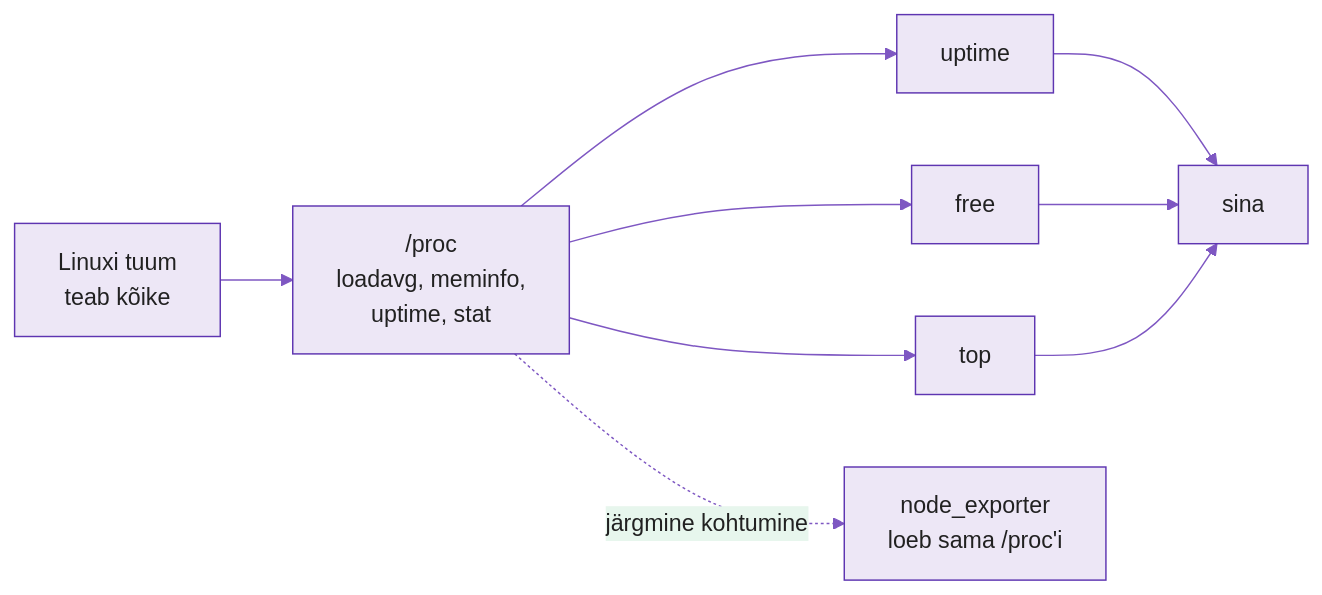
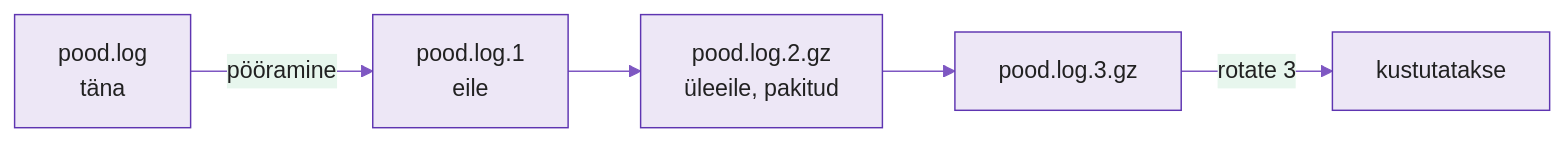
One commit to hkhk-monitoring/monitoring changed the second of 3 diagrams in docs/week07/lecture.md. Above: the diagram before and after it, drawn with Mermaid. The commit also changed other lines of this file and 9 other files, not shown here.

````diff
--- a/docs/week07/lecture.md
+++ b/docs/week07/lecture.md
@@ -140,12 +174,8 @@
 ```mermaid
 %%{init: {'theme':'base','themeVariables':{'primaryColor':'#ede7f6','primaryBorderColor':'#5e35b1','primaryTextColor':'#212121','lineColor':'#7e57c2'}}}%%
 graph LR
-    K["Linuxi tuum<br/>teab kõike"] --> P["/proc<br/>loadavg, meminfo,<br/>uptime, stat"]
-    P --> U["uptime"]
-    P --> F["free"]
-    P --> T["top"]
-    U --> S["sina"]
-    F --> S
-    T --> S
-    P -. "järgmine kohtumine" .-> N["node_exporter<br/>loeb sama /proc'i"]
+    A["pood.log<br/>täna"] -->|"pööramine"| B["pood.log.1<br/>eile"]
+    B --> C["pood.log.2.gz<br/>üleeile, pakitud"]
+    C --> D["pood.log.3.gz"]
+    D -->|"rotate 3"| X["kustutatakse"]
 ```
````
